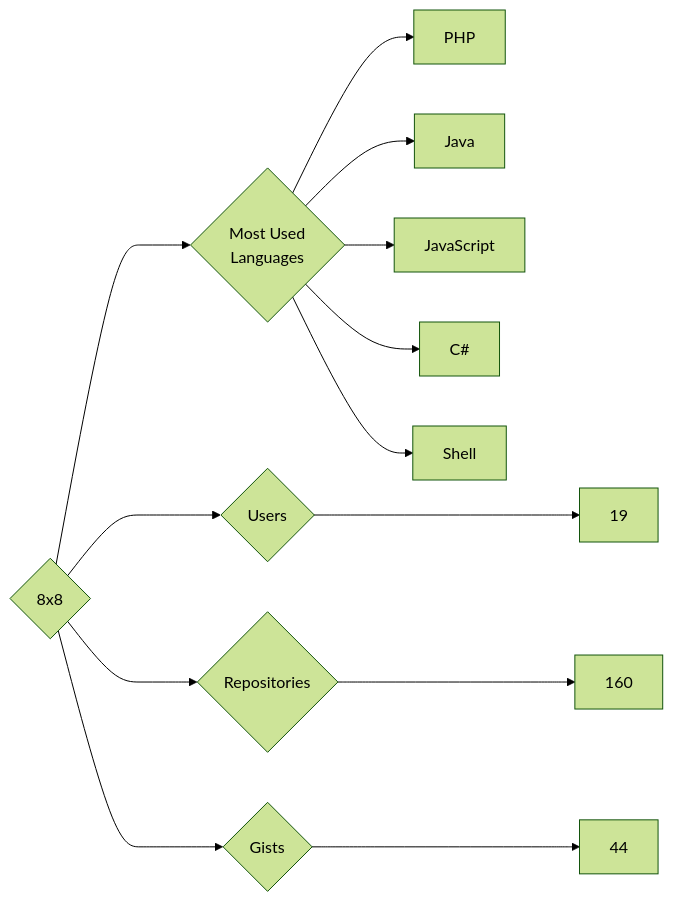
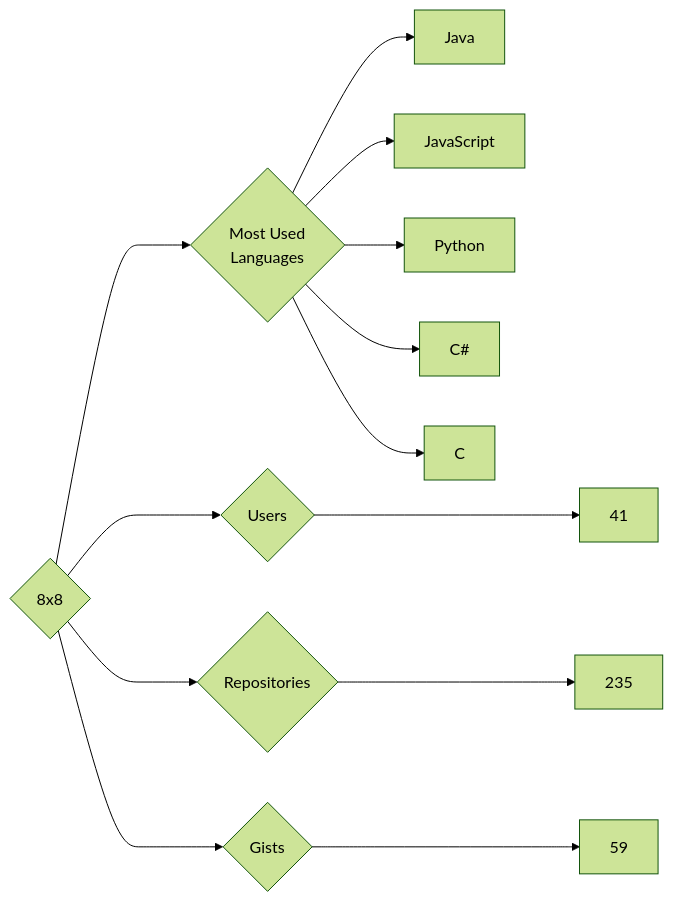
The diagram in targets/8x8/README.md (trickest/insiders), drawn with Mermaid (forest theme) before and after one commit. The commit also changed 951 other files, not shown here.

````diff
--- a/targets/8x8/README.md
+++ b/targets/8x8/README.md
@@ -3,13 +3,13 @@
 ```mermaid
 graph LR
 COMPANY_NAME{8x8}
-COMPANY_NAME ---> U{Users} ---> UN[19]
-COMPANY_NAME ---> R{Repositories} ---> RN[160]
-COMPANY_NAME ---> G{Gists} ---> GN[44]
+COMPANY_NAME ---> U{Users} ---> UN[41]
+COMPANY_NAME ---> R{Repositories} ---> RN[235]
+COMPANY_NAME ---> G{Gists} ---> GN[59]
 COMPANY_NAME ---> ML{Most Used<br>Languages}
-ML --> PHP
-ML --> Java
-ML --> JavaScript
-ML --> C#
-ML --> Shell
+ML --> Java[Java]
+ML --> JavaScript[JavaScript]
+ML --> Python[Python]
+ML --> C#[C#]
+ML --> C[C]
 ```
````
